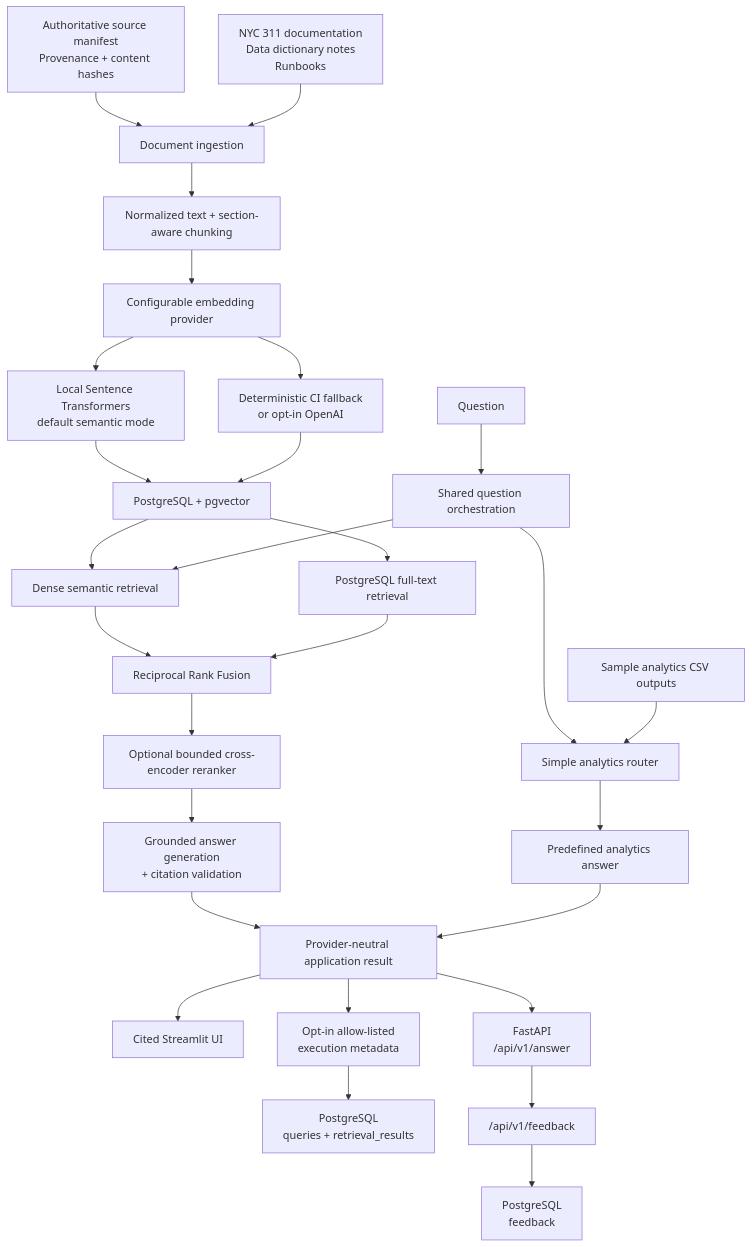
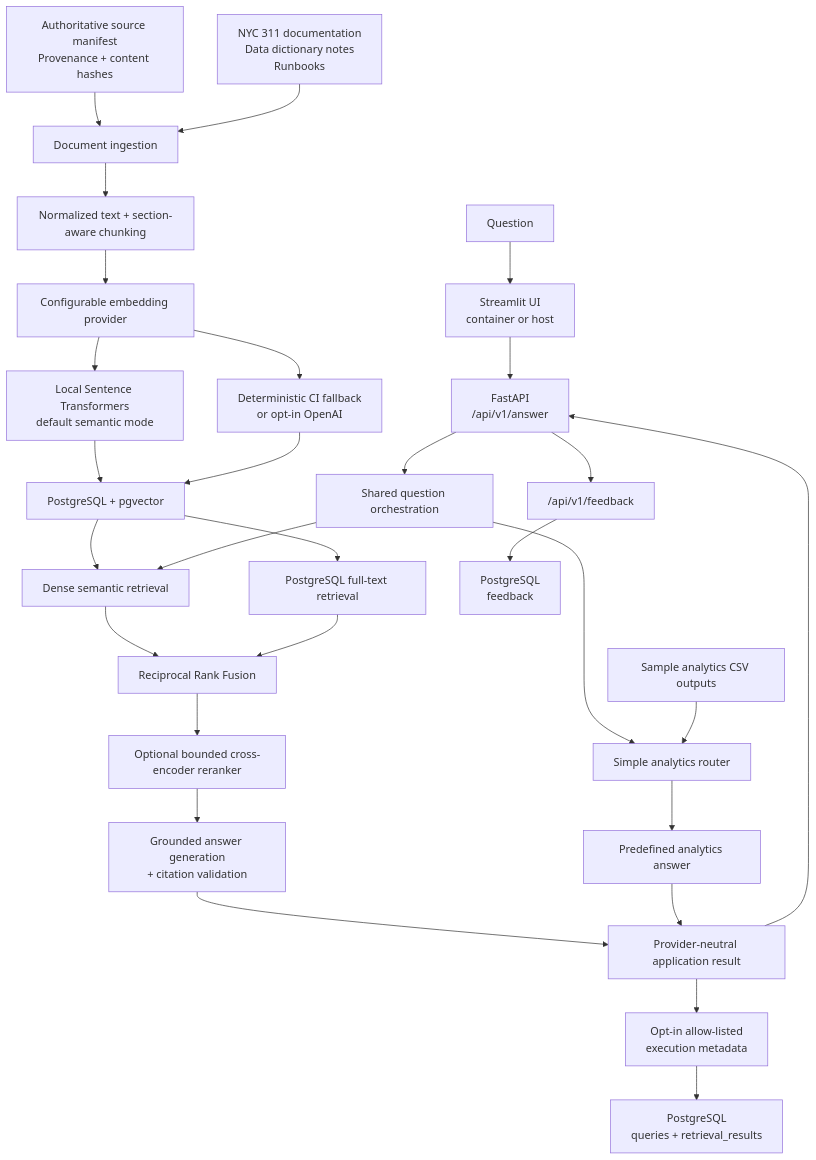
Before and after one commit to rihua-tech/civiclens-rag-nyc311: the diagram in docs/architecture.md, drawn with Mermaid. The commit also changed other lines of this file and 19 other files, not shown here.

````diff
--- a/docs/architecture.md
+++ b/docs/architecture.md
@@ -3,36 +3,37 @@
 ```mermaid
 flowchart TD
     question["Question"]
     docs["NYC 311 documentation<br/>Data dictionary notes<br/>Runbooks"]
     manifest["Authoritative source manifest<br/>Provenance + content hashes"]
     samples["Sample analytics CSV outputs"]
 
     manifest --> ingestion
     docs --> ingestion["Document ingestion"]
     ingestion --> chunking["Normalized text + section-aware chunking"]
     chunking --> provider["Configurable embedding provider"]
     provider --> semantic["Local Sentence Transformers<br/>default semantic mode"]
     provider --> fallback["Deterministic CI fallback<br/>or opt-in OpenAI"]
     semantic --> pgvector["PostgreSQL + pgvector"]
     fallback --> pgvector
     pgvector --> dense["Dense semantic retrieval"]
     pgvector --> lexical["PostgreSQL full-text retrieval"]
     dense --> rrf["Reciprocal Rank Fusion"]
     lexical --> rrf
     rrf --> reranker["Optional bounded cross-encoder reranker"]
     reranker --> answer["Grounded answer generation<br/>+ citation validation"]
 
-    question --> orchestrator["Shared question orchestration"]
+    question --> ui["Streamlit UI<br/>container or host"]
+    ui --> api["FastAPI<br/>/api/v1/answer"]
+    api --> orchestrator["Shared question orchestration"]
     orchestrator --> dense
     orchestrator --> router["Simple analytics router"]
     samples --> router
     router --> analyticsAnswer["Predefined analytics answer"]
     answer --> result["Provider-neutral application result"]
     analyticsAnswer --> result
-    result --> ui["Cited Streamlit UI"]
-    result --> api["FastAPI<br/>/api/v1/answer"]
+    result --> api
     result --> observation["Opt-in allow-listed<br/>execution metadata"]
     observation --> postgresLogs["PostgreSQL<br/>queries + retrieval_results"]
     api --> feedback["/api/v1/feedback"]
     feedback --> postgresFeedback["PostgreSQL<br/>feedback"]
 ```
````
